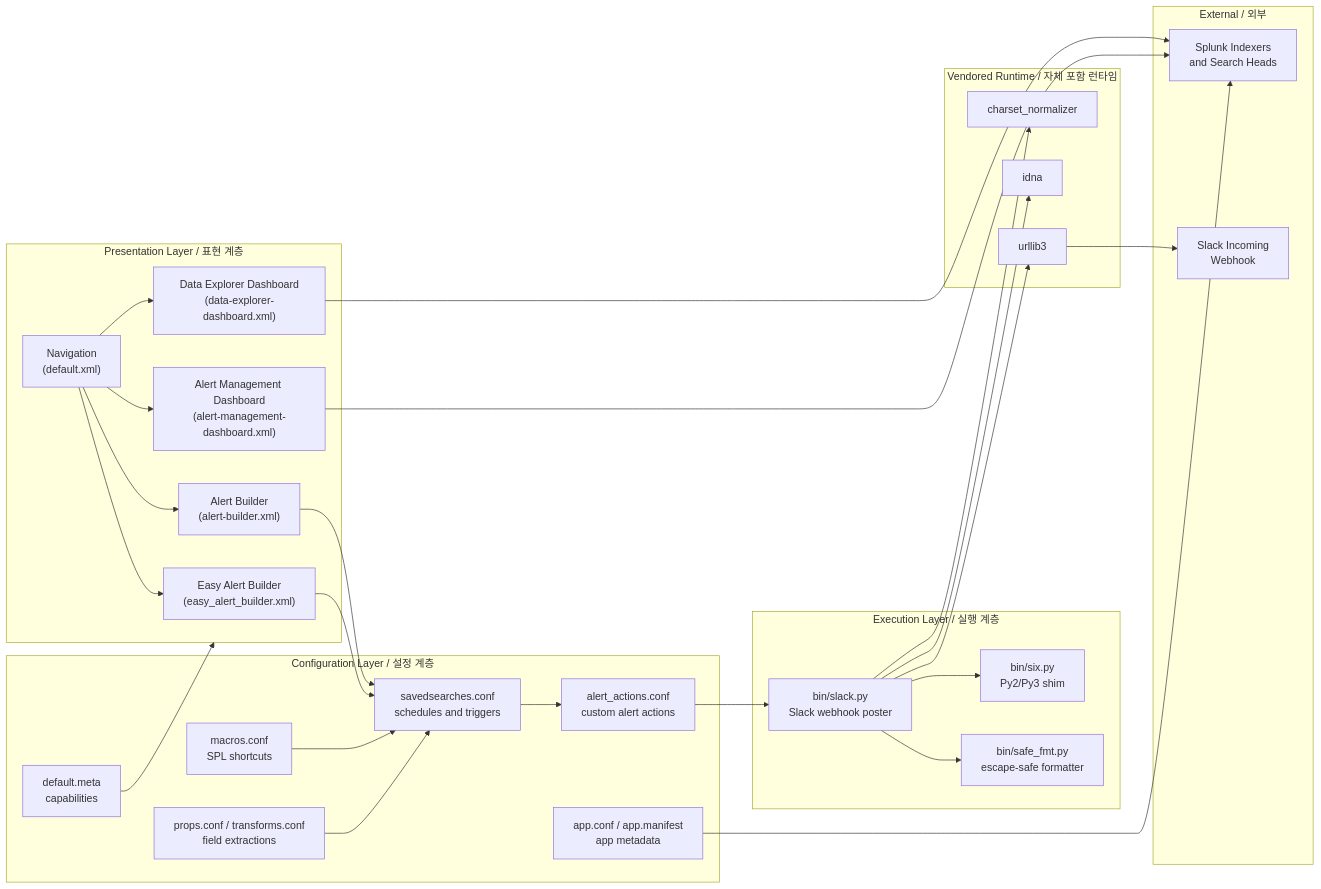
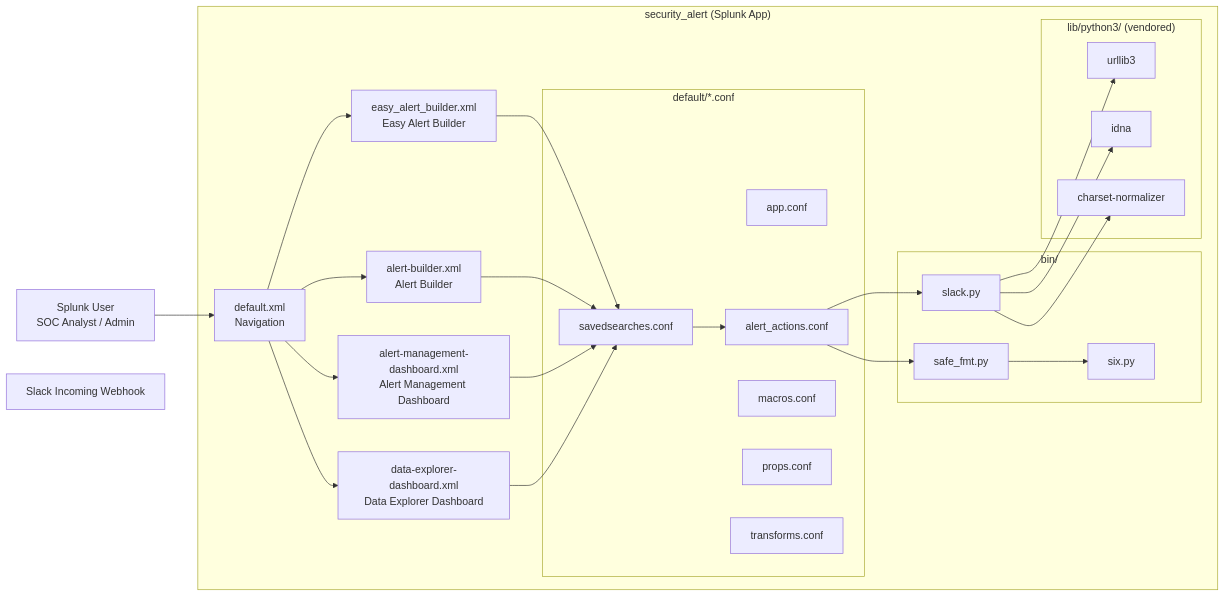
One commit to jclee941/splunk changed the diagram in README.md. Above: the diagram before and after it, drawn with Mermaid. The commit also changed other lines of this file, not shown here.

````diff
--- a/README.md
+++ b/README.md
@@ -59,59 +117,54 @@
 ```mermaid
 flowchart LR
-    subgraph Presentation["Presentation Layer / 표현 계층"]
-        EAB["Easy Alert Builder<br/>(easy_alert_builder.xml)"]
-        AB["Alert Builder<br/>(alert-builder.xml)"]
-        AMD["Alert Management Dashboard<br/>(alert-management-dashboard.xml)"]
-        DED["Data Explorer Dashboard<br/>(data-explorer-dashboard.xml)"]
-        NAV["Navigation<br/>(default.xml)"]
+    User["Splunk User<br/>SOC Analyst / Admin"]
+
+    subgraph App["security_alert (Splunk App)"]
+        Nav["default.xml<br/>Navigation"]
+        EAB["easy_alert_builder.xml<br/>Easy Alert Builder"]
+        AB["alert-builder.xml<br/>Alert Builder"]
+        AMD["alert-management-dashboard.xml<br/>Alert Management Dashboard"]
+        DE["data-explorer-dashboard.xml<br/>Data Explorer Dashboard"]
+
+        subgraph Conf["default/*.conf"]
+            AppCfg["app.conf"]
+            Actions["alert_actions.conf"]
+            Searches["savedsearches.conf"]
+            Macros["macros.conf"]
+            Props["props.conf"]
+            Transforms["transforms.conf"]
+        end
+
+        subgraph Bin["bin/"]
+            Slack["slack.py"]
+            Fmt["safe_fmt.py"]
+            Six["six.py"]
+        end
+
+        subgraph Lib["lib/python3/ (vendored)"]
+            Urllib["urllib3"]
+            Idna["idna"]
+            Charset["charset-normalizer"]
+        end
     end
 
-    subgraph Config["Configuration Layer / 설정 계층"]
-        SS["savedsearches.conf<br/>schedules and triggers"]
-        AA["alert_actions.conf<br/>custom alert actions"]
-        MC["macros.conf<br/>SPL shortcuts"]
-        PC["props.conf / transforms.conf<br/>field extractions"]
-        APP["app.conf / app.manifest<br/>app metadata"]
-        META["default.meta<br/>capabilities"]
-    end
+    SlackAPI["Slack Incoming Webhook"]
 
-    subgraph Exec["Execution Layer / 실행 계층"]
-        SF["bin/safe_fmt.py<br/>escape-safe formatter"]
-        SL["bin/slack.py<br/>Slack webhook poster"]
-        SX["bin/six.py<br/>Py2/Py3 shim"]
-    end
+    User --> Nav
+    Nav --> EAB
+    Nav --> AB
+    Nav --> AMD
+    Nav --> DE
 
-    subgraph Runtime["Vendored Runtime / 자체 포함 런타임"]
-        U3["urllib3"]
-        ID["idna"]
-        CN["charset_normalizer"]
-    end
+    EAB --> Searches
+    AB --> Searches
+    AMD --> Searches
+    DE --> Searches
+    Searches --> Actions
 
-    subgraph External["External / 외부"]
-        SI["Splunk Indexers<br/>and Search Heads"]
-        SK["Slack Incoming<br/>Webhook"]
-    end
-
-    EAB --> SS
-    AB --> SS
-    NAV --> EAB
-    NAV --> AB
-    NAV --> AMD
-    NAV --> DED
-
-    SS --> AA
-    AA --> SL
-    SL --> SF
-    SL --> SX
-    SL --> U3
-    SL --> ID
-    SL --> CN
-    U3 --> SK
-
-    MC --> SS
-    PC --> SS
-    APP --> SI
-    META --> Presentation
-    DED --> SI
-    AMD --> SI
+    Actions --> Slack
+    Actions --> Fmt
+    Slack --> Urllib
+    Slack --> Idna
+    Slack --> Charset
+    Fmt --> Six
 ```
````
